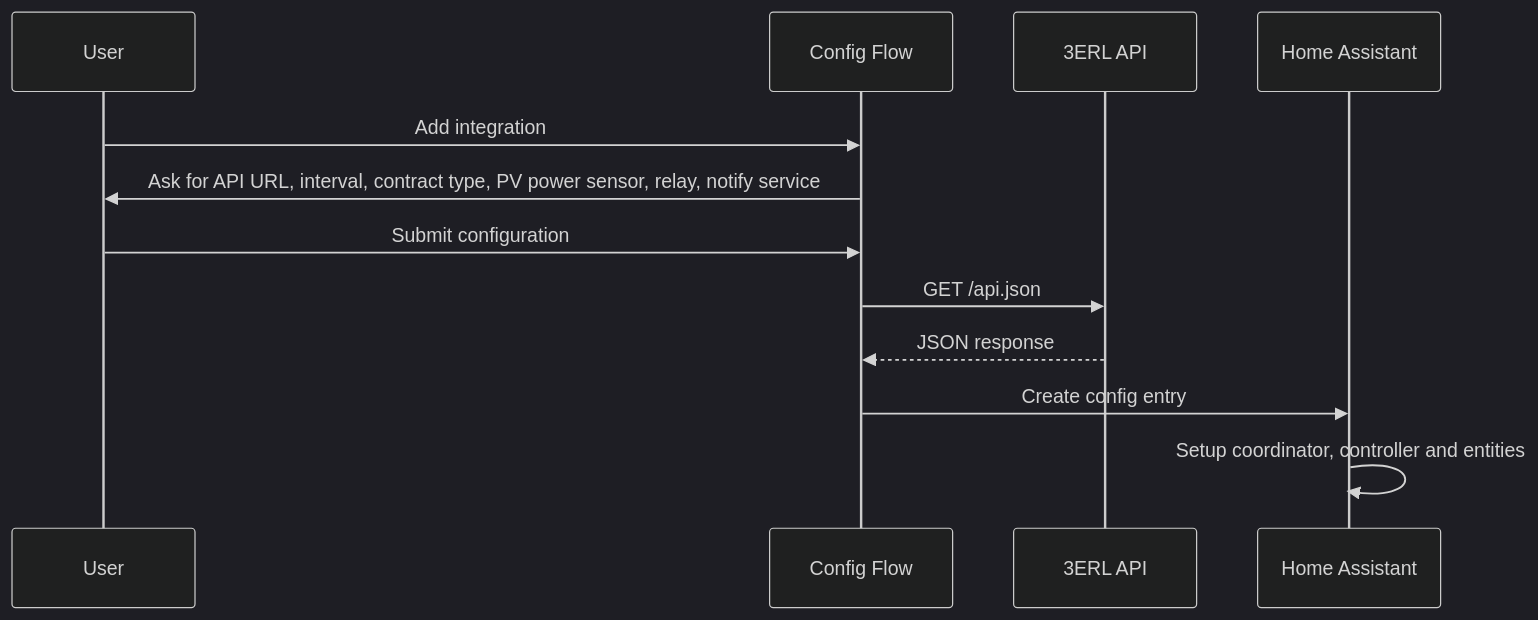
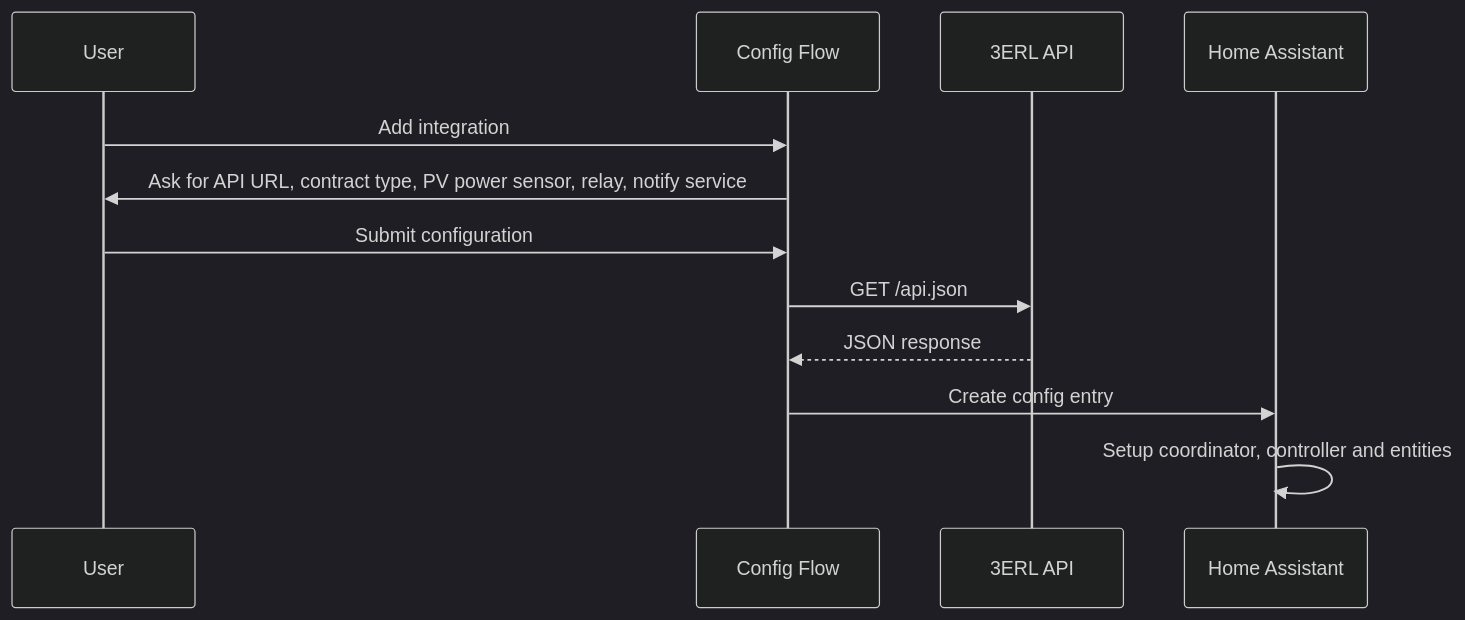
Before and after one commit to gounick/ha-zero-inject-3erl: the third of 6 diagrams in WORKFLOW.md, drawn with Mermaid (dark theme). The commit also changed other lines of this file and 13 other files, not shown here.

````diff
--- a/WORKFLOW.md
+++ b/WORKFLOW.md
@@ -46,15 +46,15 @@
 ```mermaid
 sequenceDiagram
     participant U as User
     participant CF as Config Flow
     participant API as 3ERL API
     participant HA as Home Assistant
 
     U->>CF: Add integration
-    CF->>U: Ask for API URL, interval, contract type, PV power sensor, relay, notify service
+    CF->>U: Ask for API URL, contract type, PV power sensor, relay, notify service
     U->>CF: Submit configuration
     CF->>API: GET /api.json
     API-->>CF: JSON response
     CF->>HA: Create config entry
     HA->>HA: Setup coordinator, controller and entities
 ```
````
